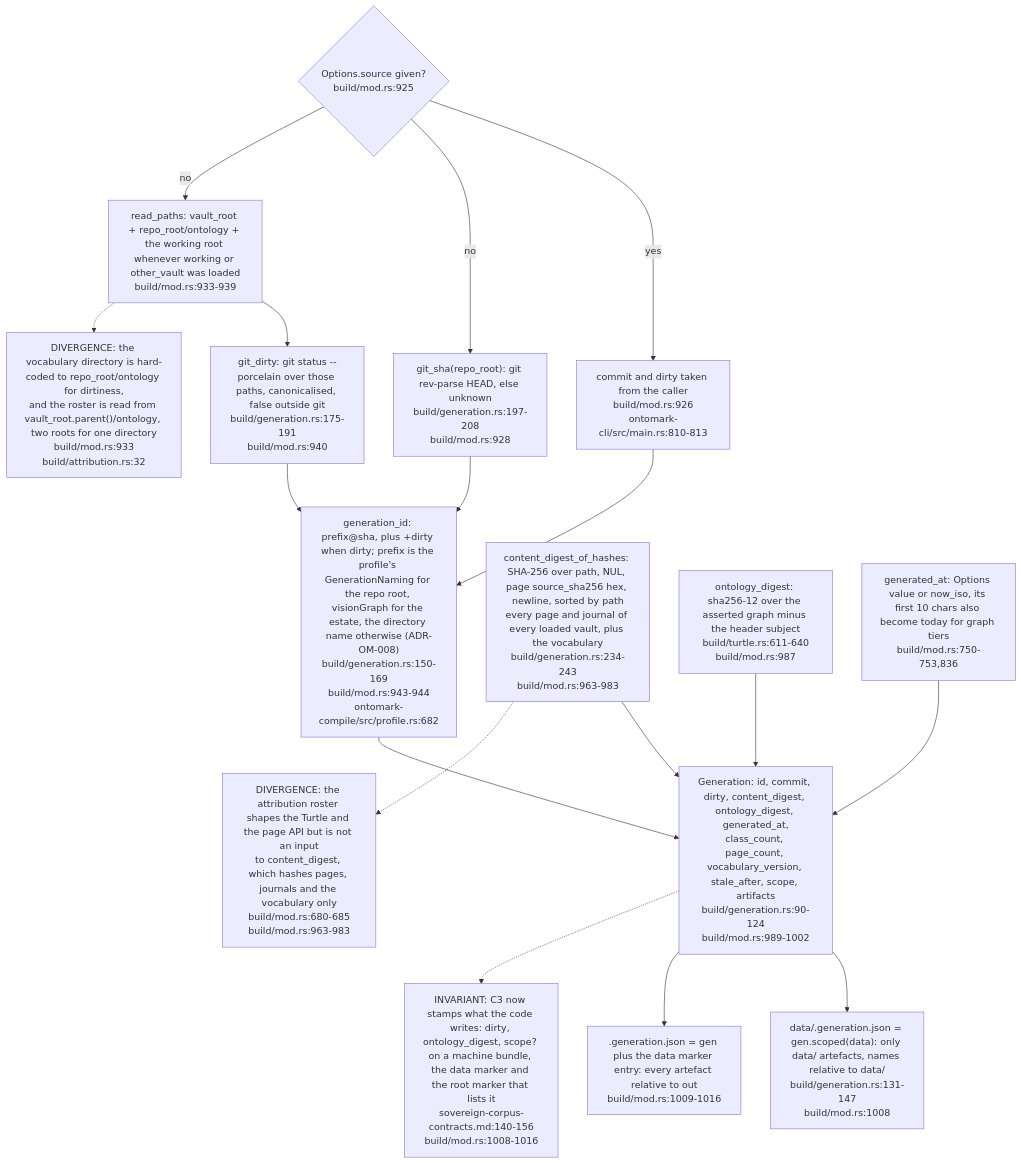
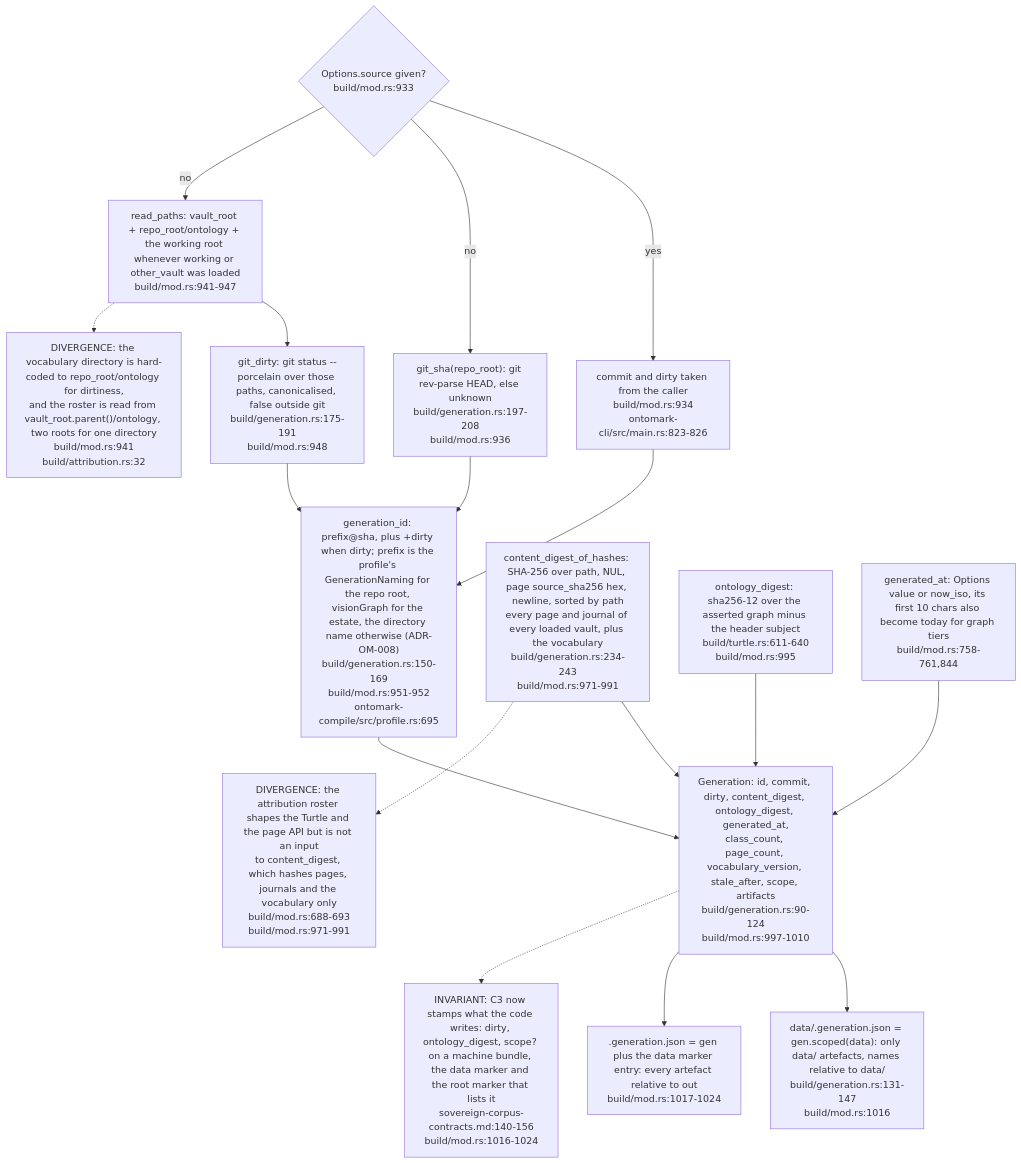
Before and after one commit to DreamLab-AI/VisionFlow: the sixth of 8 diagrams in docs/diagrams/ontomark/03-build-run-gates-staging-and-generation.md, drawn with Mermaid. The commit also changed other lines of this file and 91 other files, not shown here.

First line of the commit message:
docs(audit): estate audit wave 2, every repository except agentbox and VisionClaw

````diff
--- a/docs/diagrams/ontomark/03-build-run-gates-staging-and-generation.md
+++ b/docs/diagrams/ontomark/03-build-run-gates-staging-and-generation.md
@@ -226,30 +229,30 @@
 ```mermaid
 flowchart TD
-    SRC{"Options.source given?<br/>build/mod.rs:925"}
-    GIVEN["commit and dirty taken from the caller<br/>build/mod.rs:926<br/>ontomark-cli/src/main.rs:810-813"]
-    SHA["git_sha(repo_root): git rev-parse HEAD, else unknown<br/>build/generation.rs:197-208<br/>build/mod.rs:928"]
-    PATHS["read_paths: vault_root + repo_root/ontology + the working root whenever working or other_vault was loaded<br/>build/mod.rs:933-939"]
-    DIRTY["git_dirty: git status --porcelain over those paths, canonicalised, false outside git<br/>build/generation.rs:175-191<br/>build/mod.rs:940"]
-    ID["generation_id: prefix@sha, plus +dirty when dirty; prefix is the profile's GenerationNaming for the repo root, visionGraph for the estate, the directory name otherwise (ADR-OM-008)<br/>build/generation.rs:150-169<br/>build/mod.rs:943-944<br/>ontomark-compile/src/profile.rs:682"]
-    CD["content_digest_of_hashes: SHA-256 over path, NUL, page source_sha256 hex, newline, sorted by path<br/>every page and journal of every loaded vault, plus the vocabulary<br/>build/generation.rs:234-243<br/>build/mod.rs:963-983"]
-    OD["ontology_digest: sha256-12 over the asserted graph minus the header subject<br/>build/turtle.rs:611-640<br/>build/mod.rs:987"]
-    GEN["Generation: id, commit, dirty, content_digest, ontology_digest, generated_at,<br/>class_count, page_count, vocabulary_version, stale_after, scope, artifacts<br/>build/generation.rs:90-124<br/>build/mod.rs:989-1002"]
-    M1["data/.generation.json = gen.scoped(data): only data/ artefacts, names relative to data/<br/>build/generation.rs:131-147<br/>build/mod.rs:1008"]
-    M2[".generation.json = gen plus the data marker entry: every artefact relative to out<br/>build/mod.rs:1009-1016"]
-    GA["generated_at: Options value or now_iso, its first 10 chars also become today for graph tiers<br/>build/mod.rs:750-753,836"]
-    N1["DIVERGENCE: the attribution roster shapes the Turtle and the page API but is not an input<br/>to content_digest, which hashes pages, journals and the vocabulary only<br/>build/mod.rs:680-685<br/>build/mod.rs:963-983"]
-    N2["INVARIANT: C3 now stamps what the code writes: dirty, ontology_digest, scope? on a machine bundle, the data marker and the root marker that lists it<br/>sovereign-corpus-contracts.md:140-156<br/>build/mod.rs:1008-1016"]
-    N3["DIVERGENCE: the vocabulary directory is hard-coded to repo_root/ontology for dirtiness,<br/>and the roster is read from vault_root.parent()/ontology, two roots for one directory<br/>build/mod.rs:933<br/>build/attribution.rs:32"]
+    SRC{"Options.source given?<br/>build/mod.rs:933"}
+    GIVEN["commit and dirty taken from the caller<br/>build/mod.rs:934<br/>ontomark-cli/src/main.rs:823-826"]
+    SHA["git_sha(repo_root): git rev-parse HEAD, else unknown<br/>build/generation.rs:197-208<br/>build/mod.rs:936"]
+    PATHS["read_paths: vault_root + repo_root/ontology + the working root whenever working or other_vault was loaded<br/>build/mod.rs:941-947"]
+    DIRTY["git_dirty: git status --porcelain over those paths, canonicalised, false outside git<br/>build/generation.rs:175-191<br/>build/mod.rs:948"]
+    ID["generation_id: prefix@sha, plus +dirty when dirty; prefix is the profile's GenerationNaming for the repo root, visionGraph for the estate, the directory name otherwise (ADR-OM-008)<br/>build/generation.rs:150-169<br/>build/mod.rs:951-952<br/>ontomark-compile/src/profile.rs:695"]
+    CD["content_digest_of_hashes: SHA-256 over path, NUL, page source_sha256 hex, newline, sorted by path<br/>every page and journal of every loaded vault, plus the vocabulary<br/>build/generation.rs:234-243<br/>build/mod.rs:971-991"]
+    OD["ontology_digest: sha256-12 over the asserted graph minus the header subject<br/>build/turtle.rs:611-640<br/>build/mod.rs:995"]
+    GEN["Generation: id, commit, dirty, content_digest, ontology_digest, generated_at,<br/>class_count, page_count, vocabulary_version, stale_after, scope, artifacts<br/>build/generation.rs:90-124<br/>build/mod.rs:997-1010"]
+    M1["data/.generation.json = gen.scoped(data): only data/ artefacts, names relative to data/<br/>build/generation.rs:131-147<br/>build/mod.rs:1016"]
+    M2[".generation.json = gen plus the data marker entry: every artefact relative to out<br/>build/mod.rs:1017-1024"]
+    GA["generated_at: Options value or now_iso, its first 10 chars also become today for graph tiers<br/>build/mod.rs:758-761,844"]
+    N1["DIVERGENCE: the attribution roster shapes the Turtle and the page API but is not an input<br/>to content_digest, which hashes pages, journals and the vocabulary only<br/>build/mod.rs:688-693<br/>build/mod.rs:971-991"]
+    N2["INVARIANT: C3 now stamps what the code writes: dirty, ontology_digest, scope? on a machine bundle, the data marker and the root marker that lists it<br/>sovereign-corpus-contracts.md:140-156<br/>build/mod.rs:1016-1024"]
+    N3["DIVERGENCE: the vocabulary directory is hard-coded to repo_root/ontology for dirtiness,<br/>and the roster is read from vault_root.parent()/ontology, two roots for one directory<br/>build/mod.rs:941<br/>build/attribution.rs:32"]
     SRC -- yes --> GIVEN --> ID
     SRC -- no --> SHA --> ID
     SRC -- no --> PATHS --> DIRTY --> ID
     ID --> GEN
     CD --> GEN
     OD --> GEN
     GA --> GEN
     GEN --> M1
     GEN --> M2
     CD -.-> N1
     GEN -.-> N2
     PATHS -.-> N3
 ```
````
